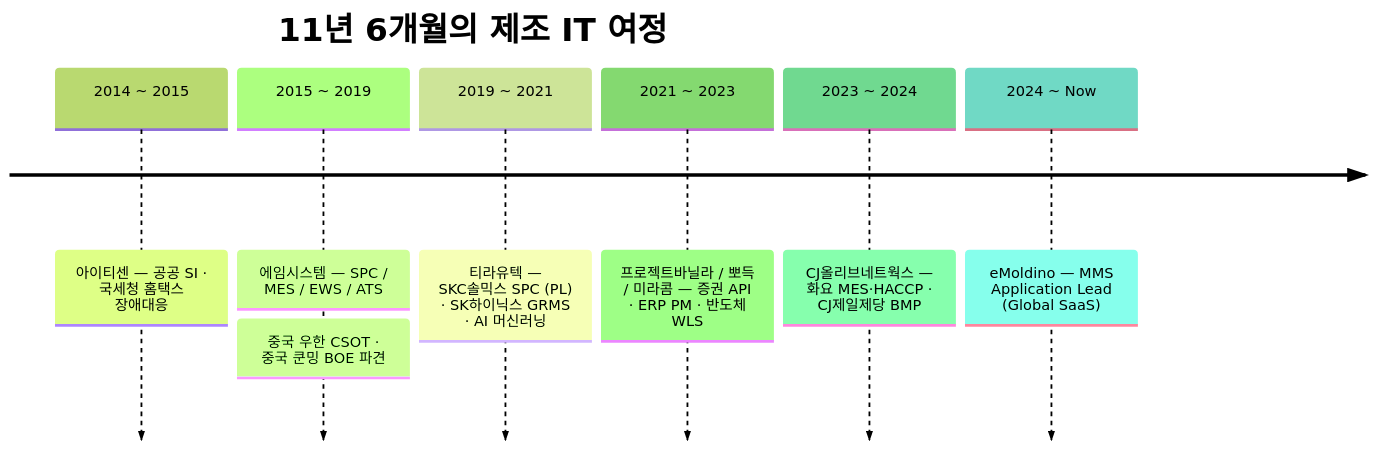
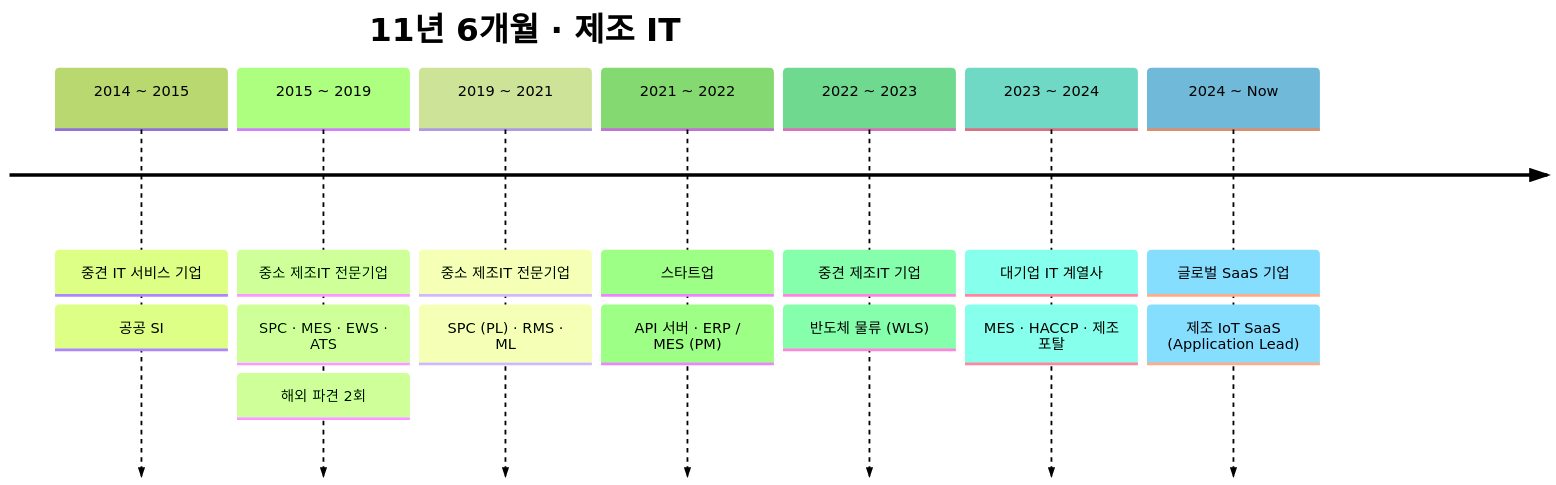
One commit to ddingoa/ddingoa changed the diagram in README.md. Above: the diagram before and after it, drawn with Mermaid (forest theme). The commit also changed other lines of this file, not shown here.

````diff
--- a/README.md
+++ b/README.md
@@ -160,11 +90,11 @@
 ```mermaid
 timeline
-    title 11년 6개월의 제조 IT 여정
-    2014 ~ 2015 : 아이티센 — 공공 SI · 국세청 홈택스 장애대응
-    2015 ~ 2019 : 에임시스템 — SPC / MES / EWS / ATS
-                : 중국 우한 CSOT · 중국 쿤밍 BOE 파견
-    2019 ~ 2021 : 티라유텍 — SKC솔믹스 SPC (PL) · SK하이닉스 GRMS · AI 머신러닝
-    2021 ~ 2023 : 프로젝트바닐라 / 뽀득 / 미라콤 — 증권 API · ERP PM · 반도체 WLS
-    2023 ~ 2024 : CJ올리브네트웍스 — 화요 MES·HACCP · CJ제일제당 BMP
-    2024 ~ Now  : eMoldino — MMS Application Lead (Global SaaS)
+    title 11년 6개월 · 제조 IT
+    2014 ~ 2015 : 중견 IT 서비스 기업 : 공공 SI
+    2015 ~ 2019 : 중소 제조IT 전문기업 : SPC · MES · EWS · ATS : 해외 파견 2회
+    2019 ~ 2021 : 중소 제조IT 전문기업 : SPC (PL) · RMS · ML
+    2021 ~ 2022 : 스타트업 : API 서버 · ERP / MES (PM)
+    2022 ~ 2023 : 중견 제조IT 기업 : 반도체 물류 (WLS)
+    2023 ~ 2024 : 대기업 IT 계열사 : MES · HACCP · 제조 포탈
+    2024 ~ Now  : 글로벌 SaaS 기업 : 제조 IoT SaaS (Application Lead)
 ```
````
